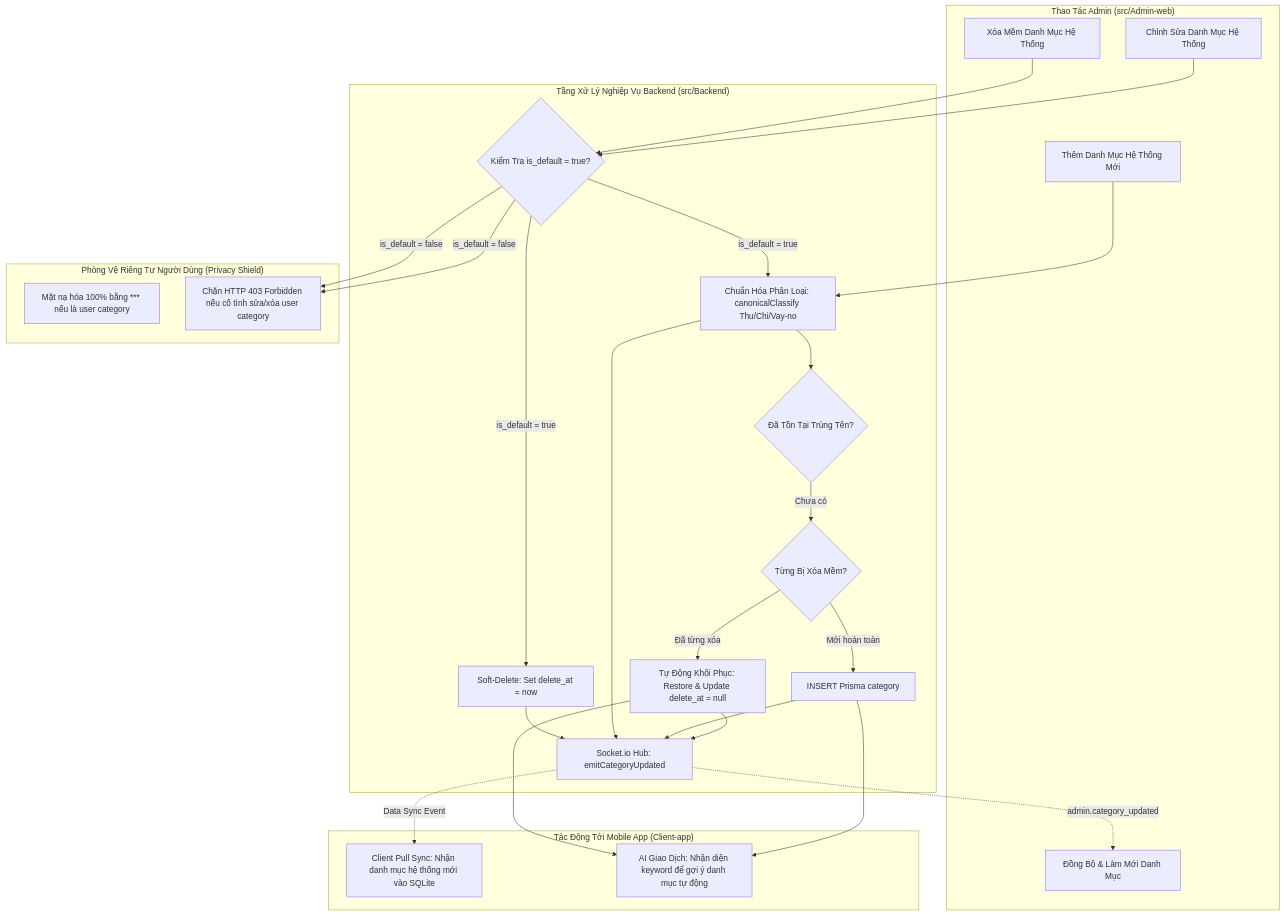
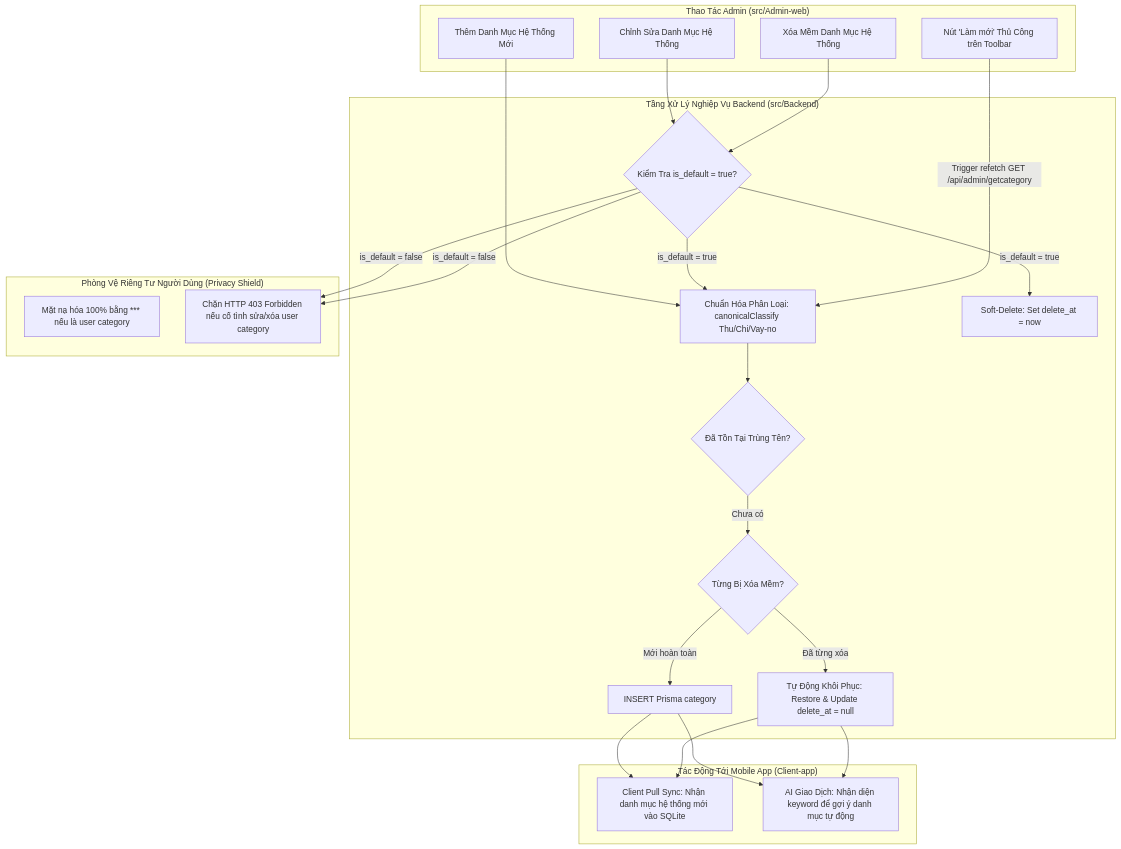
Before and after one commit to NguyenPhuBao/ManagementFinance: the diagram in docs/Admin-web/05-category-management.md, drawn with Mermaid. The commit also changed other lines of this file and 44 other files, not shown here.

First line of the commit message:
refactor(admin): tối ưu hóa polling dashboard, nâng cấp aiops sentinel và đồng bộ tài liệu kỹ thuật

````diff
--- a/docs/Admin-web/05-category-management.md
+++ b/docs/Admin-web/05-category-management.md
@@ -20,47 +20,45 @@
 ```mermaid
 graph TD
     subgraph "Thao Tác Admin (src/Admin-web)"
         A1[Thêm Danh Mục Hệ Thống Mới]
         A2[Chỉnh Sửa Danh Mục Hệ Thống]
         A3[Xóa Mềm Danh Mục Hệ Thống]
-        A4[Đồng Bộ & Làm Mới Danh Mục]
+        A4[Nút 'Làm mới' Thủ Công trên Toolbar]
     end
 
     subgraph "Tầng Xử Lý Nghiệp Vụ Backend (src/Backend)"
         B1[Chuẩn Hóa Phân Loại: canonicalClassify Thu/Chi/Vay-no]
         B2{Kiểm Tra is_default = true?}
         B3{Đã Tồn Tại Trùng Tên?}
         B4{Từng Bị Xóa Mềm?}
         B5[Tự Động Khôi Phục: Restore & Update delete_at = null]
         B6[INSERT Prisma category]
         B7[Soft-Delete: Set delete_at = now]
-        B8[Socket.io Hub: emitCategoryUpdated]
     end
 
     subgraph "Phòng Vệ Riêng Tư Người Dùng (Privacy Shield)"
         P1[Mặt nạ hóa 100% bằng *** nếu là user category]
         P2[Chặn HTTP 403 Forbidden nếu cố tình sửa/xóa user category]
     end
 
     subgraph "Tác Động Tới Mobile App (Client-app)"
         M1[Client Pull Sync: Nhận danh mục hệ thống mới vào SQLite]
         M2[AI Giao Dịch: Nhận diện keyword để gợi ý danh mục tự động]
     end
 
     A1 --> B1 --> B3
     B3 -- "Chưa có" --> B4
-    B4 -- "Đã từng xóa" --> B5 --> B8
-    B4 -- "Mới hoàn toàn" --> B6 --> B8
+    B4 -- "Đã từng xóa" --> B5
+    B4 -- "Mới hoàn toàn" --> B6
 
     A2 --> B2
     B2 -- "is_default = false" --> P2
-    B2 -- "is_default = true" --> B1 --> B8
+    B2 -- "is_default = true" --> B1
 
     A3 --> B2
     B2 -- "is_default = false" --> P2
-    B2 -- "is_default = true" --> B7 --> B8
+    B2 -- "is_default = true" --> B7
 
-    B8 -.->|admin.category_updated| A4
-    B8 -.->|Data Sync Event| M1
-    B6 & B5 --> M2
+    A4 -->|Trigger refetch GET /api/admin/getcategory| B1
+    B6 & B5 --> M1 & M2
 ```
````
